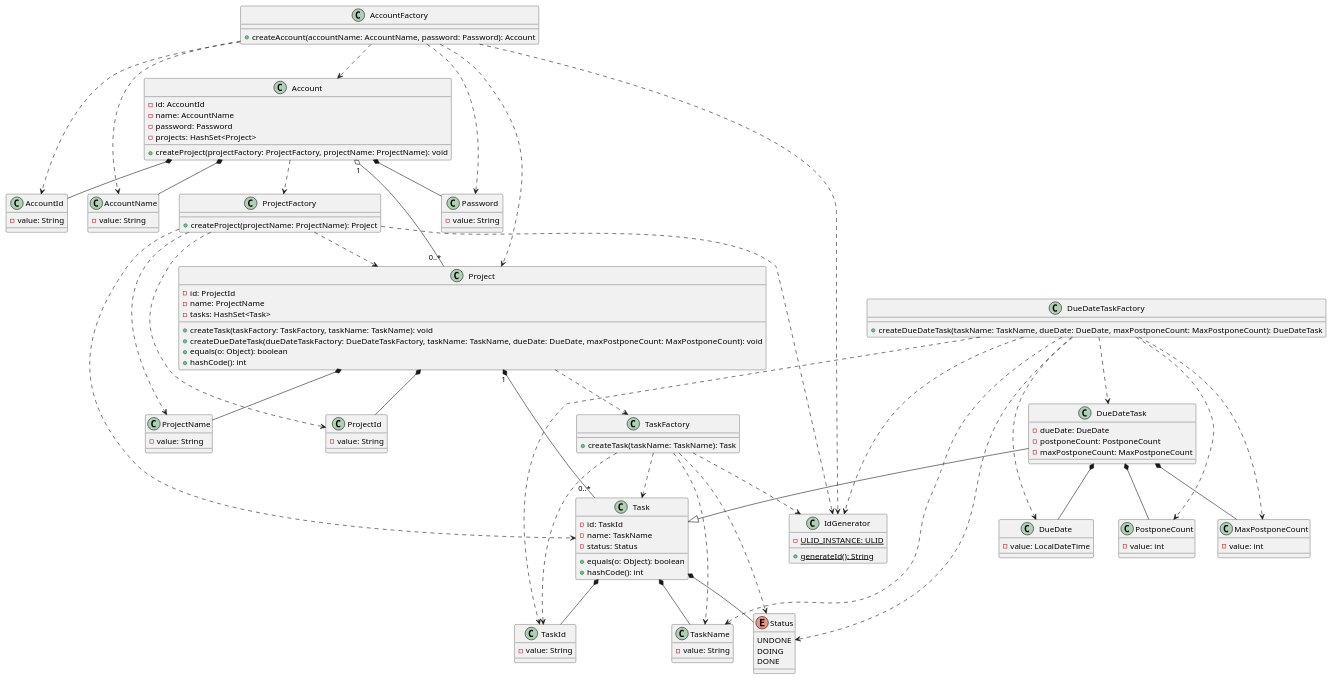
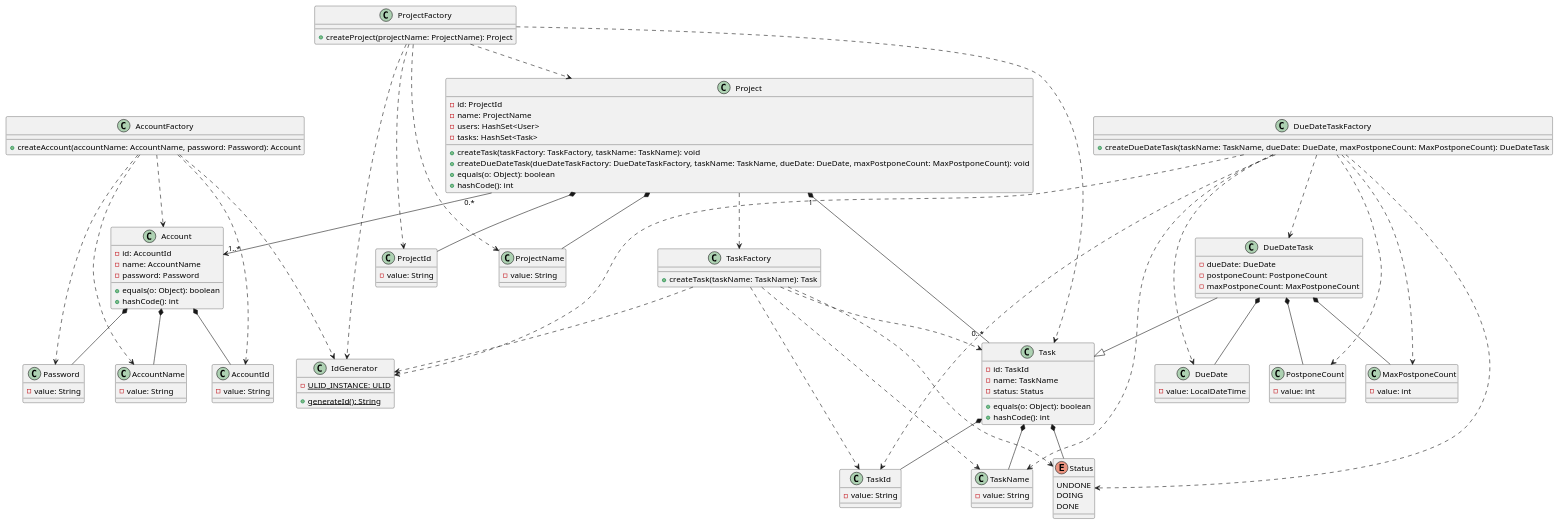
One commit to ORIKAMIxNEP/playground changed the diagram in uml/usecase.puml. Above: the diagram before and after it, drawn with PlantUML.

```diff
--- a/uml/usecase.puml
+++ b/uml/usecase.puml
@@ -1,141 +1,140 @@
 @startuml
 class Account {
   - id: AccountId
   - name: AccountName
   - password: Password
-  - projects: HashSet<Project>
-  + createProject(projectFactory: ProjectFactory, projectName: ProjectName): void
+  + equals(o: Object): boolean
+  + hashCode(): int
 }
 
 class AccountId {
   - value: String
 }
 
 class AccountName {
   - value: String
 }
 
 class Password {
   - value: String
 }
 
 class AccountFactory {
   + createAccount(accountName: AccountName, password: Password): Account
 }
 
 class Project {
   - id: ProjectId
   - name: ProjectName
+  - users: HashSet<User>
   - tasks: HashSet<Task>
   + createTask(taskFactory: TaskFactory, taskName: TaskName): void
   + createDueDateTask(dueDateTaskFactory: DueDateTaskFactory, taskName: TaskName, dueDate: DueDate, maxPostponeCount: MaxPostponeCount): void
   + equals(o: Object): boolean
   + hashCode(): int
 }
 
 class ProjectId {
   - value: String
 }
 
 class ProjectName {
   - value: String
 }
 
 class ProjectFactory {
   + createProject(projectName: ProjectName): Project
 }
 
 class Task {
   - id: TaskId
   - name: TaskName
   - status: Status
   + equals(o: Object): boolean
   + hashCode(): int
 }
 
 class TaskId {
   - value: String
 }
 
 class TaskName {
   - value: String
 }
 
 enum Status {
   UNDONE
   DOING
   DONE
 }
 
 class TaskFactory {
   + createTask(taskName: TaskName): Task
 }
 
 class DueDateTask {
   - dueDate: DueDate
   - postponeCount: PostponeCount
   - maxPostponeCount: MaxPostponeCount
 }
 
 class DueDate {
   - value: LocalDateTime
 }
 
 class PostponeCount {
   - value: int
 }
 
 class MaxPostponeCount {
   - value: int
 }
 
 class DueDateTaskFactory {
   + createDueDateTask(taskName: TaskName, dueDate: DueDate, maxPostponeCount: MaxPostponeCount): DueDateTask
 }
 
 class IdGenerator {
   {static} - ULID_INSTANCE: ULID
   {static} + generateId(): String
 }
 
 Account *-- AccountId
 Account *-- AccountName
 Account *-- Password
-Account "1" o-- "0..*" Project
-Account ..> ProjectFactory
 AccountFactory ..> Account
 AccountFactory ..> AccountId
 AccountFactory ..> IdGenerator
 AccountFactory ..> AccountName
 AccountFactory ..> Password
-AccountFactory ..> Project
 Project *-- ProjectId
 Project *-- ProjectName
+Project "0.*" --> "1..*" Account
 Project "1" *-- "0..*" Task
 Project ..> TaskFactory
 ProjectFactory ..> Project
 ProjectFactory ..> ProjectId
 ProjectFactory ..> IdGenerator
 ProjectFactory ..> ProjectName
 ProjectFactory ..> Task
 Task *-- TaskId
 Task *-- TaskName
 Task *-- Status
 TaskFactory ..> Task
 TaskFactory ..> TaskId
 TaskFactory ..> IdGenerator
 TaskFactory ..> TaskName
 TaskFactory ..> Status
 DueDateTask --|> Task
 DueDateTask *-- DueDate
 DueDateTask *-- PostponeCount
 DueDateTask *-- MaxPostponeCount
 DueDateTaskFactory ..> DueDateTask
 DueDateTaskFactory ..> TaskId
 DueDateTaskFactory ..> IdGenerator
 DueDateTaskFactory ..> TaskName
 DueDateTaskFactory ..> Status
 DueDateTaskFactory ..> DueDate
 DueDateTaskFactory ..> PostponeCount
 DueDateTaskFactory ..> MaxPostponeCount
 @enduml
```
